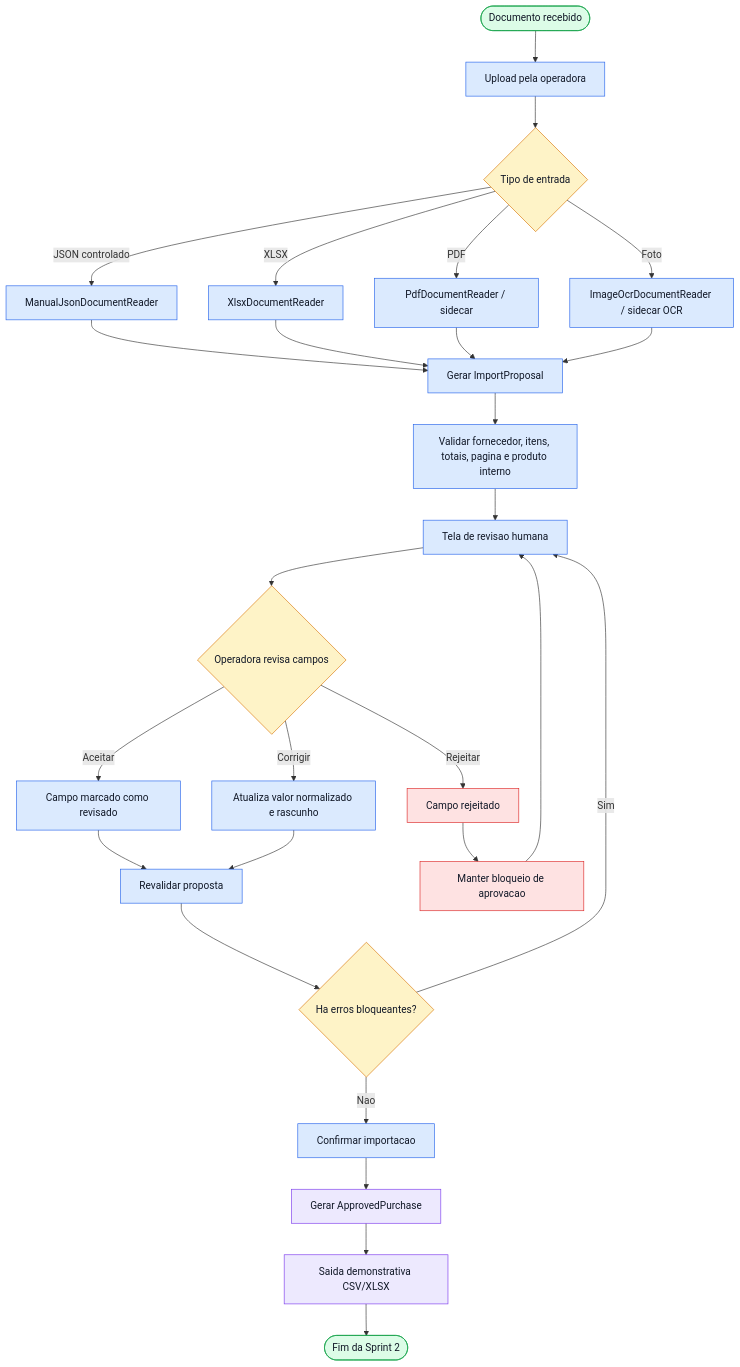
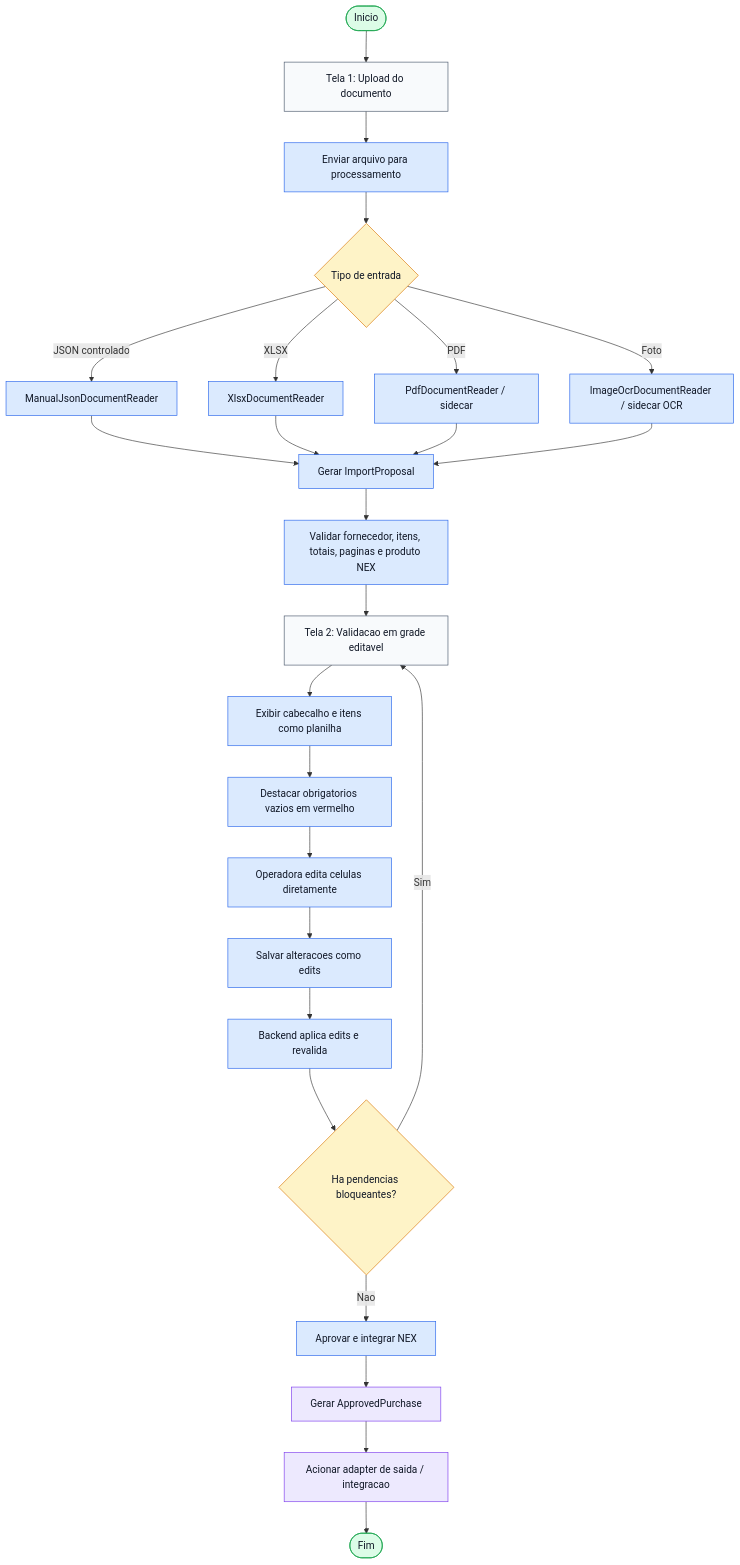
Before and after one commit to NilsonJoseMoreiraFilho/projeto-pos-importacao-nex: the diagram in docs/diagrams/05-sprint2-fluxo-revisao.mmd, drawn with Mermaid. The commit also changed 4 other files, not shown here.

```diff
--- a/docs/diagrams/05-sprint2-fluxo-revisao.mmd
+++ b/docs/diagrams/05-sprint2-fluxo-revisao.mmd
@@ -1,45 +1,43 @@
 flowchart TB
-    inicio([Documento recebido]) --> upload[Upload pela operadora]
-    upload --> reader{Tipo de entrada}
-    reader -->|JSON controlado| manual[ManualJsonDocumentReader]
-    reader -->|XLSX| xlsx[XlsxDocumentReader]
-    reader -->|PDF| pdf[PdfDocumentReader / sidecar]
-    reader -->|Foto| ocr[ImageOcrDocumentReader / sidecar OCR]
+    inicio([Inicio]) --> telaUpload["Tela 1: Upload do documento"]
+    telaUpload --> enviar["Enviar arquivo para processamento"]
+    enviar --> reader{Tipo de entrada}
 
-    manual --> proposta[Gerar ImportProposal]
+    reader -->|JSON controlado| manual["ManualJsonDocumentReader"]
+    reader -->|XLSX| xlsx["XlsxDocumentReader"]
+    reader -->|PDF| pdf["PdfDocumentReader / sidecar"]
+    reader -->|Foto| ocr["ImageOcrDocumentReader / sidecar OCR"]
+
+    manual --> proposta["Gerar ImportProposal"]
     xlsx --> proposta
     pdf --> proposta
     ocr --> proposta
 
-    proposta --> validacao[Validar fornecedor, itens, totais, pagina e produto interno]
-    validacao --> tela[Tela de revisao humana]
+    proposta --> validar["Validar fornecedor, itens, totais, paginas e produto NEX"]
+    validar --> telaValidacao["Tela 2: Validacao em grade editavel"]
 
-    tela --> revisar{Operadora revisa campos}
-    revisar -->|Aceitar| aceitar[Campo marcado como revisado]
-    revisar -->|Corrigir| corrigir[Atualiza valor normalizado e rascunho]
-    revisar -->|Rejeitar| rejeitar[Campo rejeitado]
+    telaValidacao --> tabela["Exibir cabecalho e itens como planilha"]
+    tabela --> destacar["Destacar obrigatorios vazios em vermelho"]
+    destacar --> editar["Operadora edita celulas diretamente"]
+    editar --> salvar["Salvar alteracoes como edits"]
+    salvar --> revalidar["Backend aplica edits e revalida"]
 
-    aceitar --> revalidar[Revalidar proposta]
-    corrigir --> revalidar
-    rejeitar --> bloqueio[Manter bloqueio de aprovacao]
+    revalidar --> pendencias{Ha pendencias bloqueantes?}
+    pendencias -->|Sim| telaValidacao
+    pendencias -->|Nao| aprovar["Aprovar e integrar NEX"]
 
-    revalidar --> decisao{Ha erros bloqueantes?}
-    decisao -->|Sim| tela
-    decisao -->|Nao| aprovar[Confirmar importacao]
-    bloqueio --> tela
-
-    aprovar --> approved[Gerar ApprovedPurchase]
-    approved --> saida[Saida demonstrativa CSV/XLSX]
-    saida --> fim([Fim da Sprint 2])
+    aprovar --> approved["Gerar ApprovedPurchase"]
+    approved --> saida["Acionar adapter de saida / integracao"]
+    saida --> fim([Fim])
 
     classDef start fill:#dcfce7,stroke:#16a34a,color:#111827;
+    classDef screen fill:#f8fafc,stroke:#475569,color:#111827;
     classDef process fill:#dbeafe,stroke:#2563eb,color:#111827;
     classDef decision fill:#fef3c7,stroke:#d97706,color:#111827;
-    classDef danger fill:#fee2e2,stroke:#dc2626,color:#111827;
     classDef output fill:#ede9fe,stroke:#7c3aed,color:#111827;
 
     class inicio,fim start;
-    class upload,manual,xlsx,pdf,ocr,proposta,validacao,tela,aceitar,corrigir,revalidar,aprovar process;
-    class reader,revisar,decisao decision;
-    class rejeitar,bloqueio danger;
+    class telaUpload,telaValidacao screen;
+    class enviar,manual,xlsx,pdf,ocr,proposta,validar,tabela,destacar,editar,salvar,revalidar,aprovar process;
+    class reader,pendencias decision;
     class approved,saida output;
```
